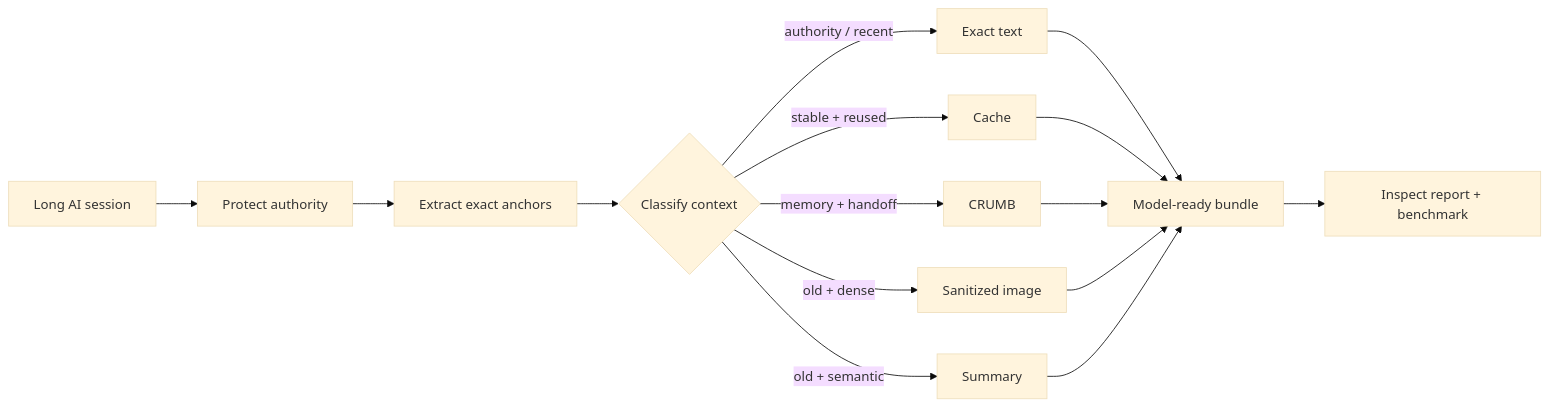
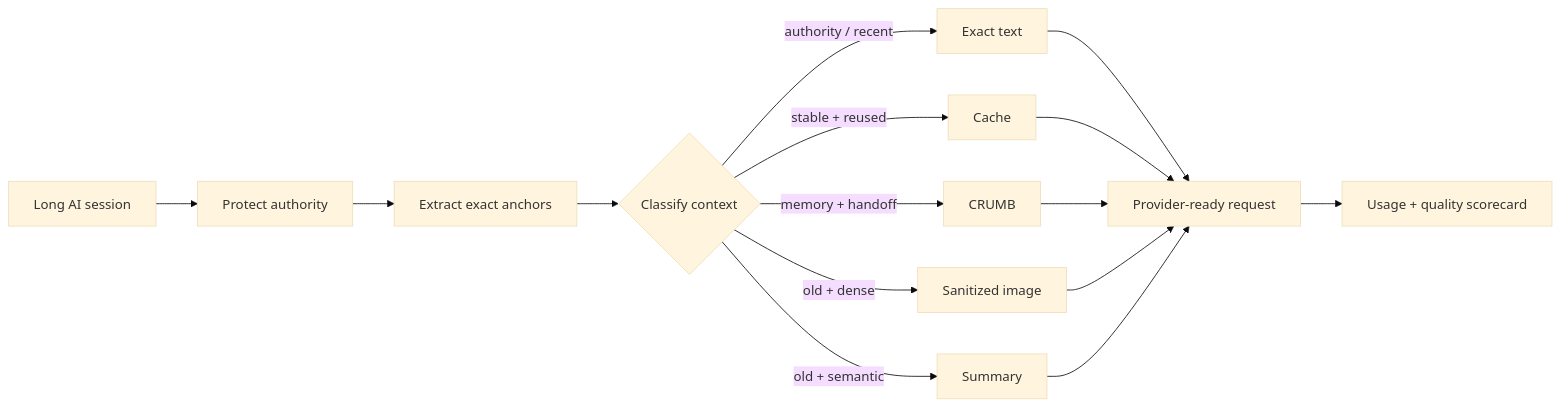
One commit to XioAISolutions/CrumbContext changed the diagram in README.md. Above: the diagram before and after it, drawn with Mermaid (base theme). The commit also changed other lines of this file and 9 other files, not shown here.

````diff
--- a/README.md
+++ b/README.md
@@ -155,17 +149,17 @@
 ```mermaid
 flowchart LR
     A[Long AI session] --> B[Protect authority]
     B --> C[Extract exact anchors]
     C --> D{Classify context}
     D -->|authority / recent| E[Exact text]
     D -->|stable + reused| F[Cache]
     D -->|memory + handoff| G[CRUMB]
     D -->|old + dense| H[Sanitized image]
     D -->|old + semantic| I[Summary]
-    E --> J[Model-ready bundle]
+    E --> J[Provider-ready request]
     F --> J
     G --> J
     H --> J
     I --> J
-    J --> K[Inspect report + benchmark]
+    J --> K[Usage + quality scorecard]
 ```
````
